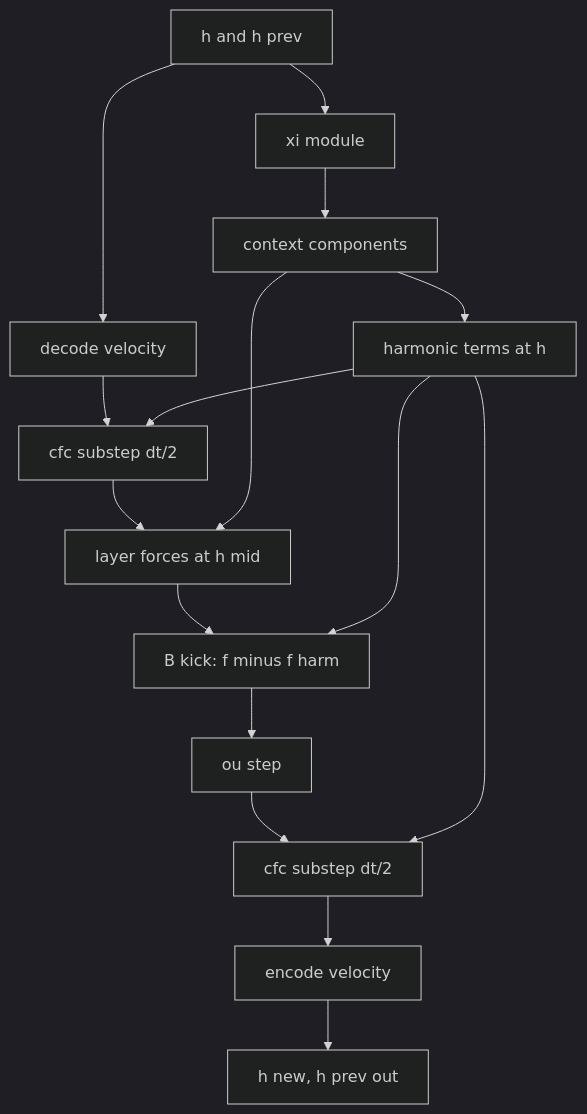
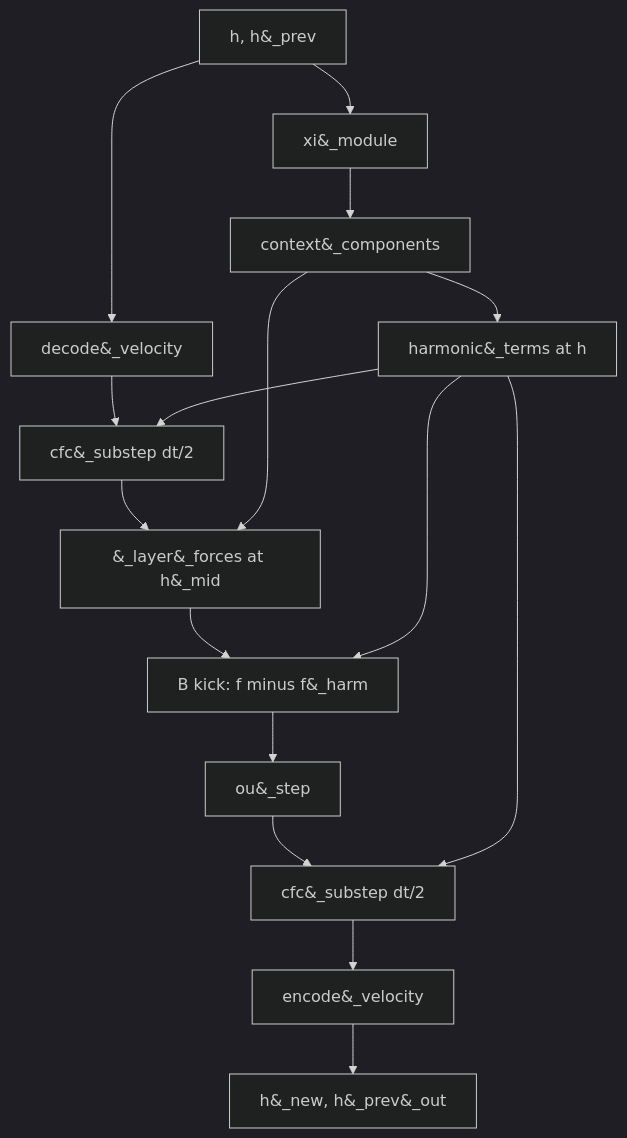
The second of 2 diagrams in docs/BAOAB/PyTorch_Implementation_of_CfC_BAOAB_in_Fock-PARFLM.md (dimitarpg13/semantic_simulation), drawn with Mermaid (dark theme) before and after one commit. The commit also changed other lines of this file, not shown here.

Commit message:
update md with rendering error fix

````diff
--- a/docs/BAOAB/PyTorch_Implementation_of_CfC_BAOAB_in_Fock-PARFLM.md
+++ b/docs/BAOAB/PyTorch_Implementation_of_CfC_BAOAB_in_Fock-PARFLM.md
@@ -530,31 +530,31 @@
 ```mermaid
 flowchart TB
-    h["h and h prev"]
-    dec["decode velocity"]
-    xi["xi module"]
-    comps["context components"]
-    harm["harmonic terms at h"]
-    A1["cfc substep dt/2"]
-    force["layer forces at h mid"]
-    kick["B kick: f minus f harm"]
-    O["ou step"]
-    A2["cfc substep dt/2"]
-    enc["encode velocity"]
-    out["h new, h prev out"]
+    h["h, h&#95;prev"]
+    dec["decode&#95;velocity"]
+    xi["xi&#95;module"]
+    comps["context&#95;components"]
+    harm["harmonic&#95;terms at h"]
+    A1["cfc&#95;substep dt/2"]
+    force["&#95;layer&#95;forces at h&#95;mid"]
+    kick["B kick: f minus f&#95;harm"]
+    O["ou&#95;step"]
+    A2["cfc&#95;substep dt/2"]
+    enc["encode&#95;velocity"]
+    out["h&#95;new, h&#95;prev&#95;out"]
 
     h --> dec
     h --> xi
     xi --> comps
     comps --> harm
     dec --> A1
     harm --> A1
     A1 --> force
     comps --> force
     force --> kick
     harm --> kick
     kick --> O
     O --> A2
     harm --> A2
     A2 --> enc
     enc --> out
 ```
````
